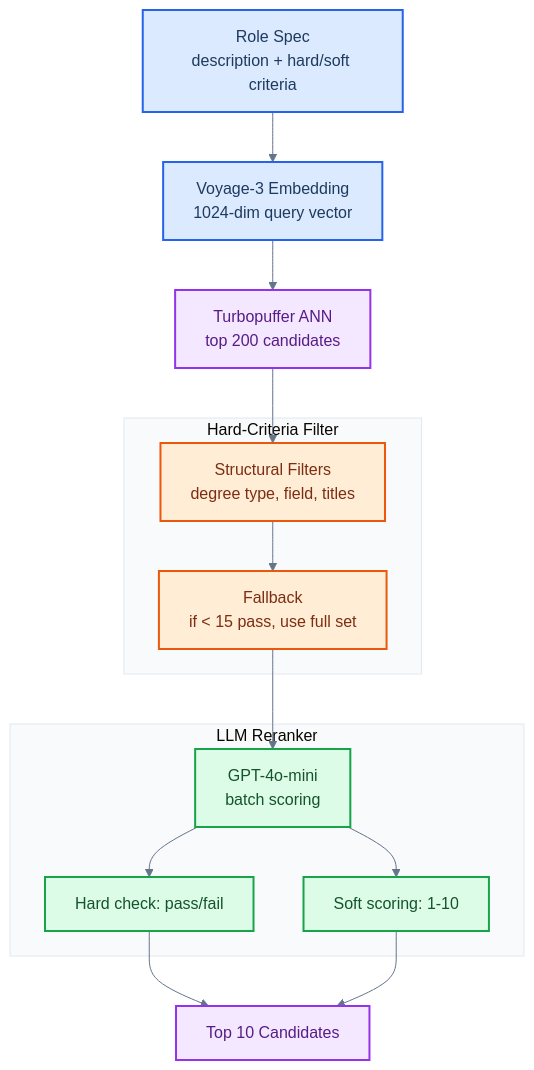
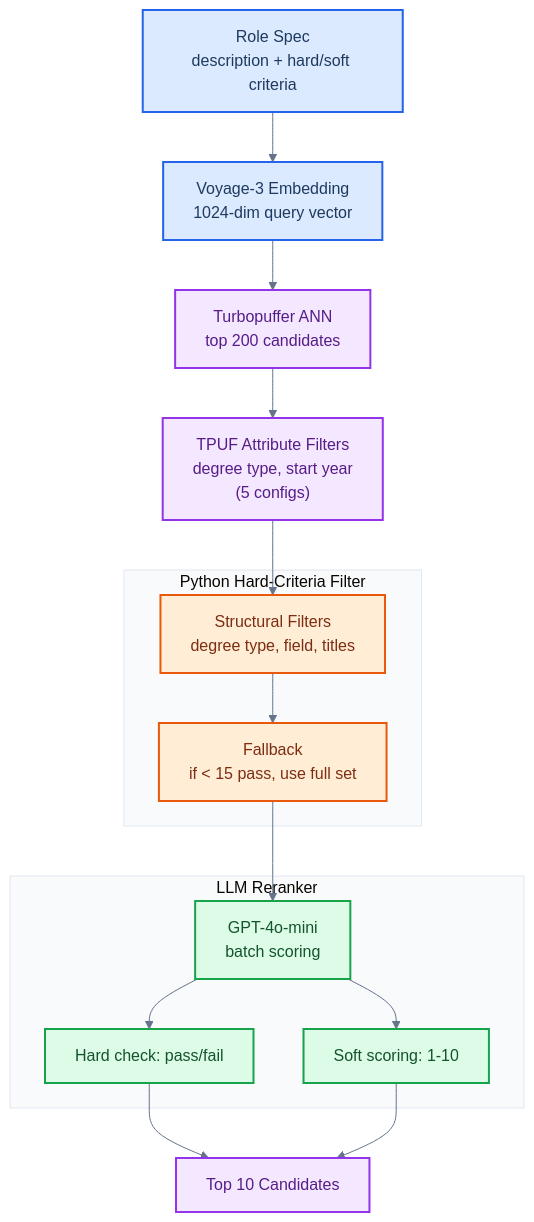
The diagram in README.md (jameswniu/candidate-search-vector-rerank-semantics), drawn with Mermaid before and after one commit. The commit also changed other lines of this file, not shown here.

Commit message:
add TPUF attribute filters to README architecture and description

````diff
--- a/README.md
+++ b/README.md
@@ -23,33 +23,34 @@
 ```mermaid
 %%{init: {'theme': 'base', 'themeVariables': {'lineColor': '#64748b', 'clusterBkg': '#f8fafc', 'clusterBorder': '#e2e8f0'}}}%%
 flowchart TD
     classDef blue fill:#dbeafe,stroke:#2563eb,color:#1e3a5f,stroke-width:2px
     classDef orange fill:#ffedd5,stroke:#ea580c,color:#7c2d12,stroke-width:2px
     classDef green fill:#dcfce7,stroke:#16a34a,color:#14532d,stroke-width:2px
     classDef purple fill:#f3e8ff,stroke:#9333ea,color:#581c87,stroke-width:2px
 
     Q["Role Spec<br/>description + hard/soft criteria"]:::blue
     EMB["Voyage-3 Embedding<br/>1024-dim query vector"]:::blue
     TPUF["Turbopuffer ANN<br/>top 200 candidates"]:::purple
+    AF["TPUF Attribute Filters<br/>degree type, start year<br/>(5 configs)"]:::purple
 
-    subgraph filter ["Hard-Criteria Filter"]
+    subgraph filter ["Python Hard-Criteria Filter"]
         HF["Structural Filters<br/>degree type, field, titles"]:::orange
         FB["Fallback<br/>if < 15 pass, use full set"]:::orange
     end
 
     subgraph rerank ["LLM Reranker"]
         GPT["GPT-4o-mini<br/>batch scoring"]:::green
         HARD["Hard check: pass/fail"]:::green
         SOFT["Soft scoring: 1-10"]:::green
     end
 
     TOP["Top 10 Candidates"]:::purple
 
-    Q --> EMB --> TPUF --> HF
+    Q --> EMB --> TPUF --> AF --> HF
     HF --> FB
     FB --> GPT
     GPT --> HARD
     GPT --> SOFT
     HARD --> TOP
     SOFT --> TOP
 ```
````
